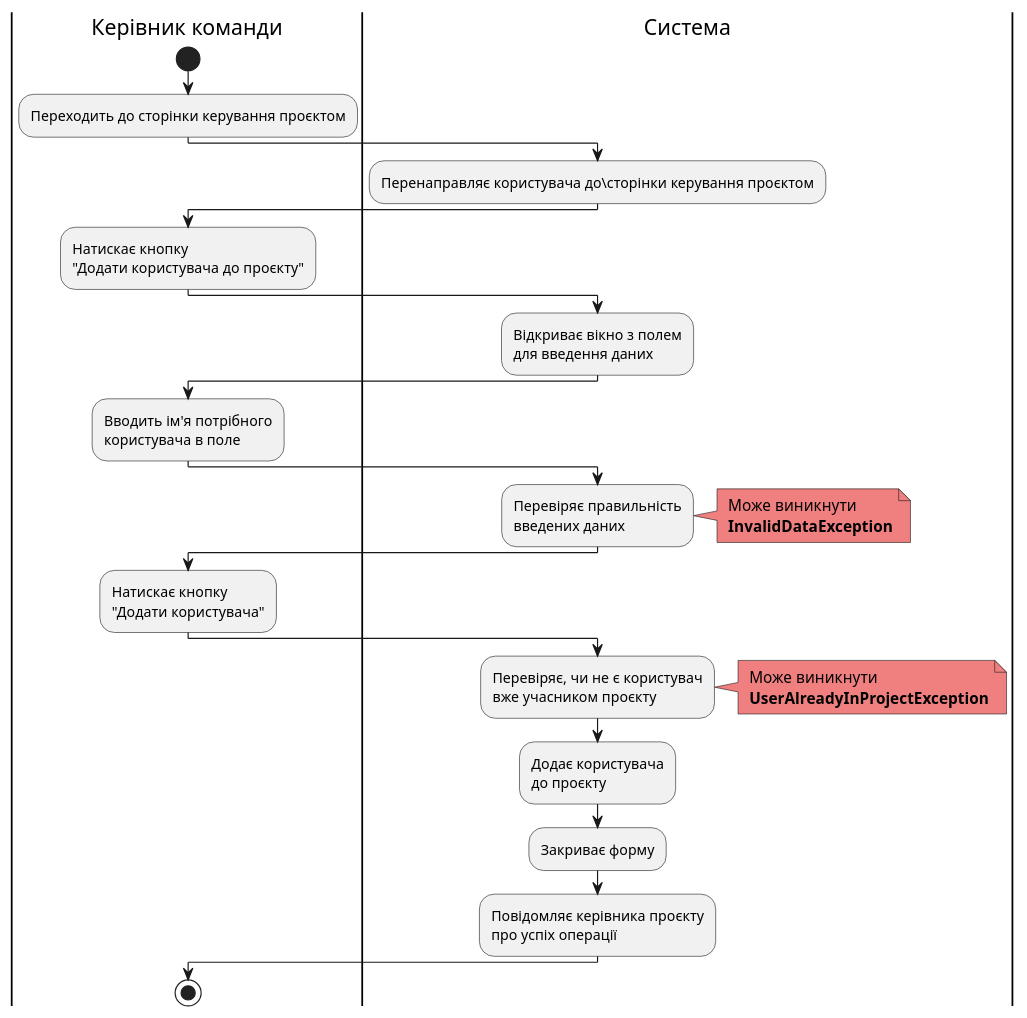
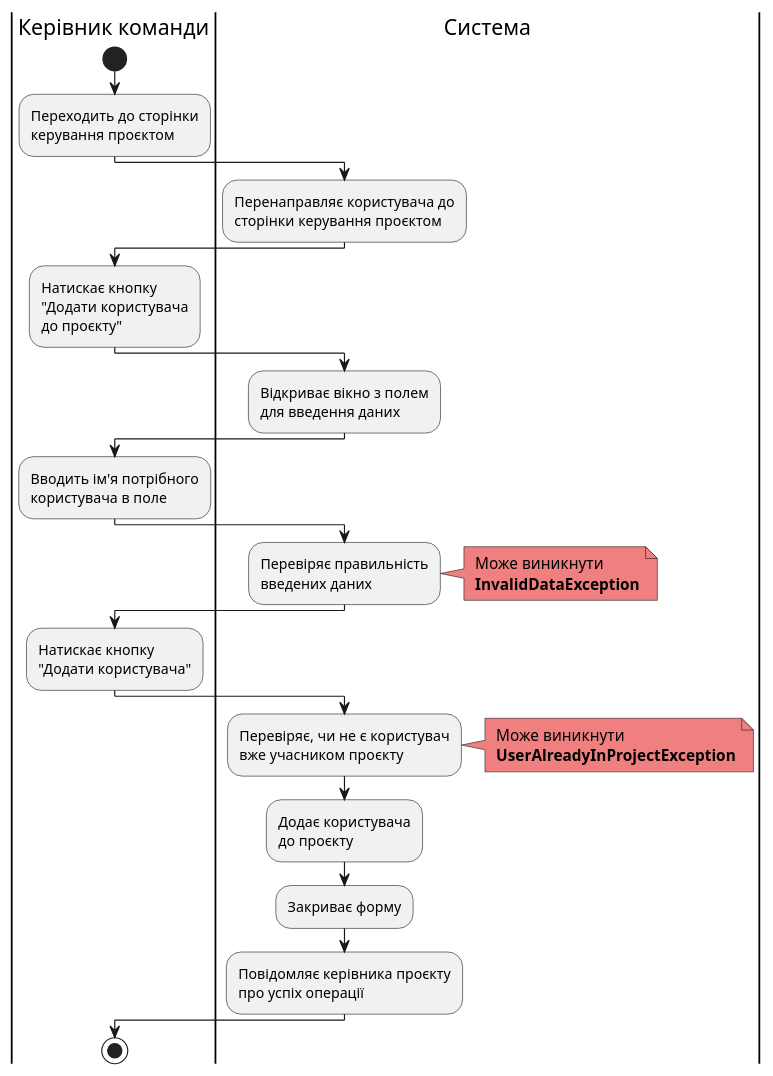
Diagram 12 of 23 in docs/use cases/README.md (samoilenkomariia/db-coursework), drawn with PlantUML before and after one commit. The commit also changed other lines of this file, not shown here.

```diff
--- a/docs/use cases/README.md
+++ b/docs/use cases/README.md
@@ -512,35 +512,35 @@
 @startuml
 
       |Керівник команди|
       start;
-      :Переходить до сторінки керування проєктом;
+      :Переходить до сторінки\nкерування проєктом;
       |Система|
-      :Перенаправляє користувача до\сторінки керування проєктом;
+      :Перенаправляє користувача до\nсторінки керування проєктом;
       |Керівник команди|
-      :Натискає кнопку\n"Додати користувача до проєкту";
+      :Натискає кнопку\n"Додати користувача\nдо проєкту";
       |Система|
       :Відкриває вікно з полем\nдля введення даних;
       |Керівник команди|
       :Вводить ім'я потрібного\nкористувача в поле;
       |Система|
       :Перевіряє правильність\nвведених даних;
       note right #lightcoral
            Може виникнути
           <b> InvalidDataException
       end note
       |Керівник команди|
       :Натискає кнопку\n"Додати користувача";
       |Система|
       :Перевіряє, чи не є користувач\nвже учасником проєкту;
       note right#lightcoral
            Може виникнути
           <b> UserAlreadyInProjectException
       end note
       |Система|
       :Додає користувача\nдо проєкту;
       :Закриває форму;
       :Повідомляє керівника проєкту\nпро успіх операції;
       |Керівник команди|
       stop
             
 @enduml
```
